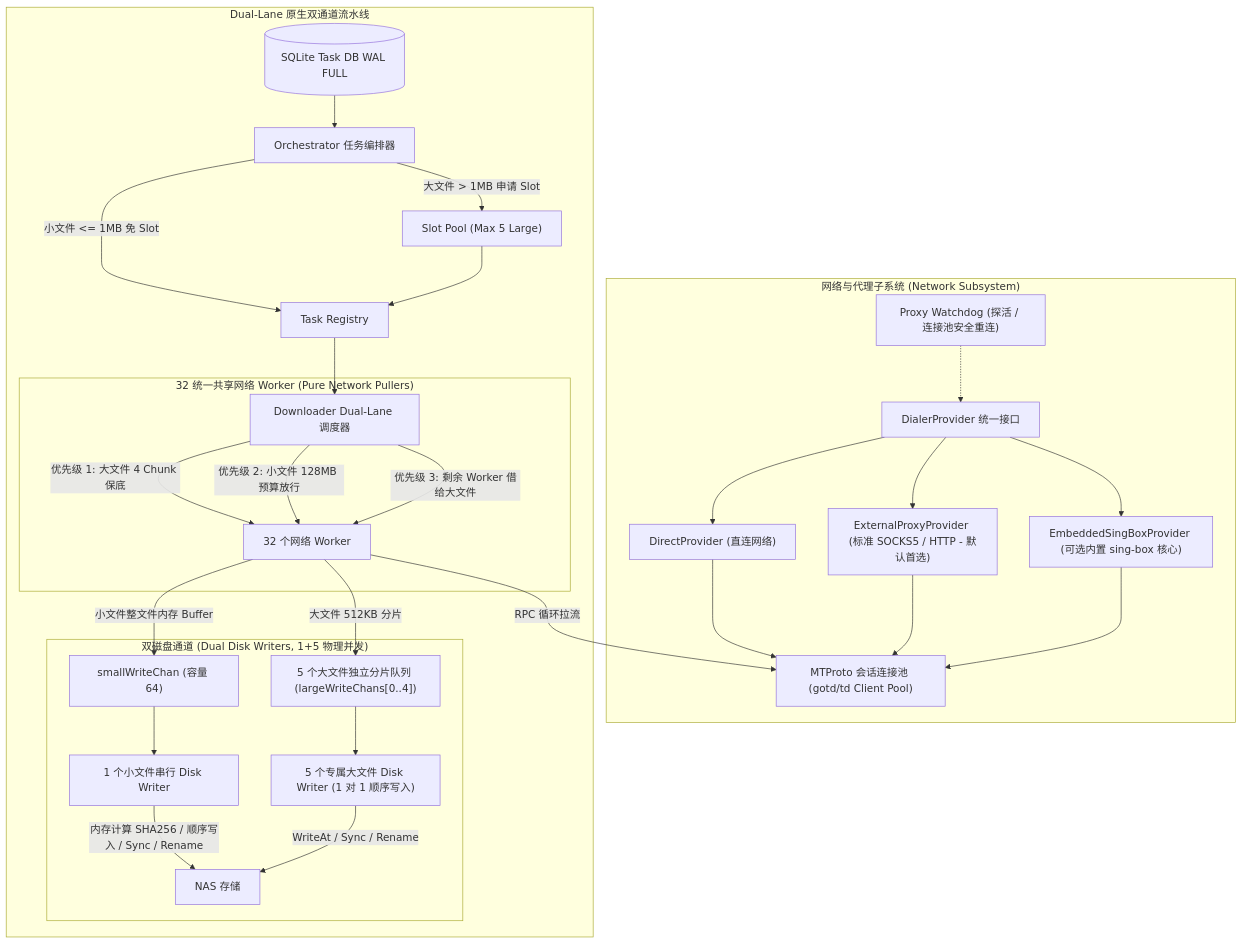
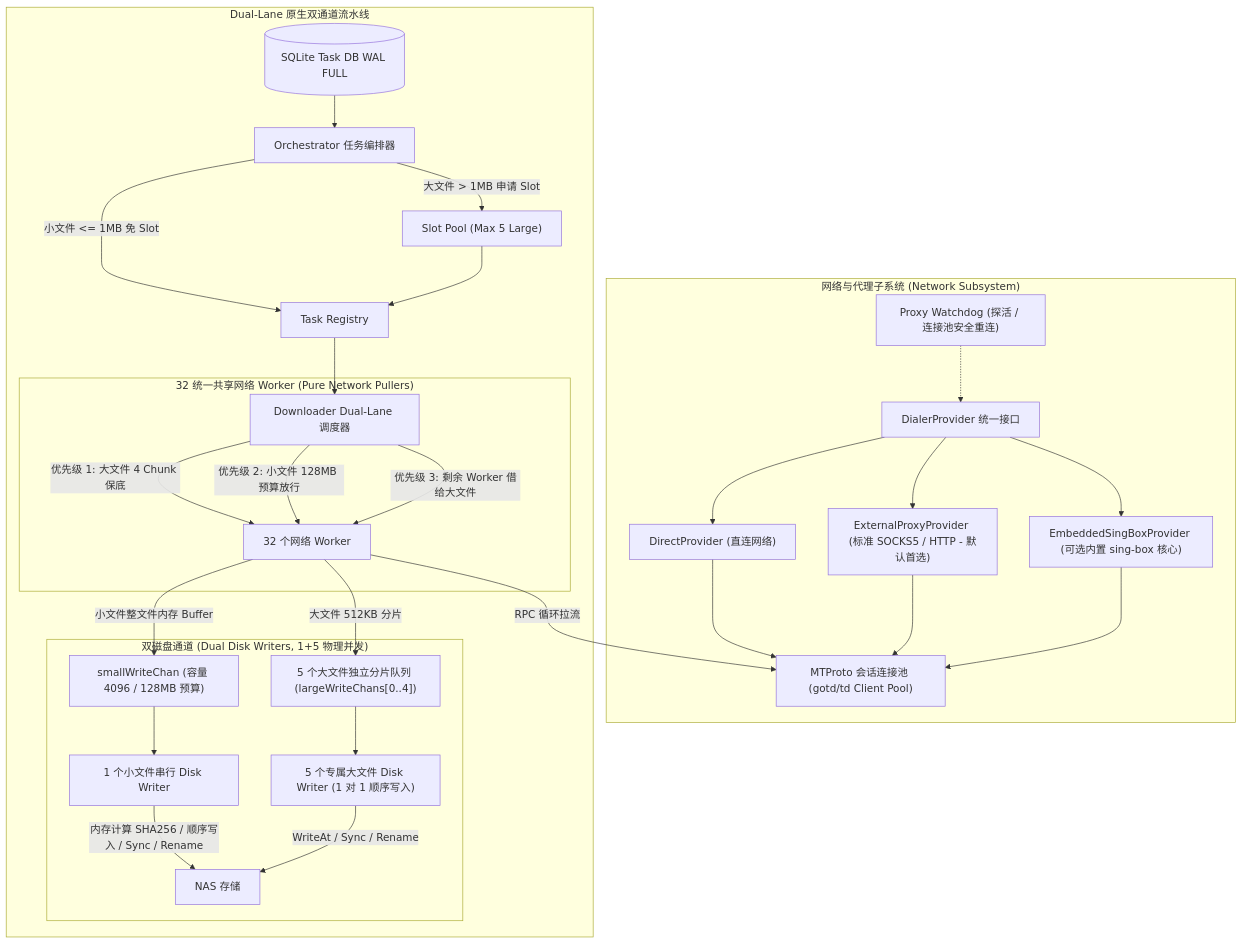
One commit to Hittlert/TGX changed the diagram in docs/STREAMING_BLOCK_ENGINE_DESIGN.md. Above: the diagram before and after it, drawn with Mermaid. The commit also changed other lines of this file and 5 other files, not shown here.

Commit message:
fix(arch): eliminate double-counted progress, thread-safe firstErr, guaranteed slot reclamation, singleflight detached sync, and 4096 small write spool

````diff
--- a/docs/STREAMING_BLOCK_ENGINE_DESIGN.md
+++ b/docs/STREAMING_BLOCK_ENGINE_DESIGN.md
@@ -33,39 +33,39 @@
 ```mermaid
 flowchart TD
     subgraph NetworkSubsystem ["网络与代理子系统 (Network Subsystem)"]
         DP["DialerProvider 统一接口"]
         DP --> P1["DirectProvider (直连网络)"]
         DP --> P2["ExternalProxyProvider (标准 SOCKS5 / HTTP - 默认首选)"]
         DP --> P3["EmbeddedSingBoxProvider (可选内置 sing-box 核心)"]
         
         P1 --> Gotd["MTProto 会话连接池 (gotd/td Client Pool)"]
         P2 --> Gotd
         P3 --> Gotd
         Watchdog["Proxy Watchdog (探活 / 连接池安全重连)"] -.-> DP
     end
 
     subgraph DualLane_Pipeline ["Dual-Lane 原生双通道流水线"]
         DB[(SQLite Task DB WAL FULL)] --> Orchestrator["Orchestrator 任务编排器"]
         Orchestrator -->|大文件 > 1MB 申请 Slot| SlotPool["Slot Pool (Max 5 Large)"]
         Orchestrator -->|小文件 <= 1MB 免 Slot| Registry["Task Registry"]
         SlotPool --> Registry
         Registry --> Downloader["Downloader Dual-Lane 调度器"]
 
         subgraph NetStage ["32 统一共享网络 Worker (Pure Network Pullers)"]
             Downloader -->|优先级 1: 大文件 4 Chunk 保底| NetWorkers["32 个网络 Worker"]
             Downloader -->|优先级 2: 小文件 128MB 预算放行| NetWorkers
             Downloader -->|优先级 3: 剩余 Worker 借给大文件| NetWorkers
             NetWorkers -->|RPC 循环拉流| Gotd
         end
 
         subgraph DiskStage ["双磁盘通道 (Dual Disk Writers, 1+5 物理并发)"]
-            NetWorkers -->|小文件整文件内存 Buffer| SmallQueue["smallWriteChan (容量 64)"]
+            NetWorkers -->|小文件整文件内存 Buffer| SmallQueue["smallWriteChan (容量 4096 / 128MB 预算)"]
             SmallQueue --> SmallDiskWriter["1 个小文件串行 Disk Writer"]
             SmallDiskWriter -->|内存计算 SHA256 / 顺序写入 / Sync / Rename| DiskStore["NAS 存储"]
 
             NetWorkers -->|大文件 512KB 分片| LargeShards["5 个大文件独立分片队列 (largeWriteChans[0..4])"]
             LargeShards --> LargeDiskWriters["5 个专属大文件 Disk Writer (1 对 1 顺序写入)"]
             LargeDiskWriters -->|WriteAt / Sync / Rename| DiskStore
         end
     end
 ```
````
